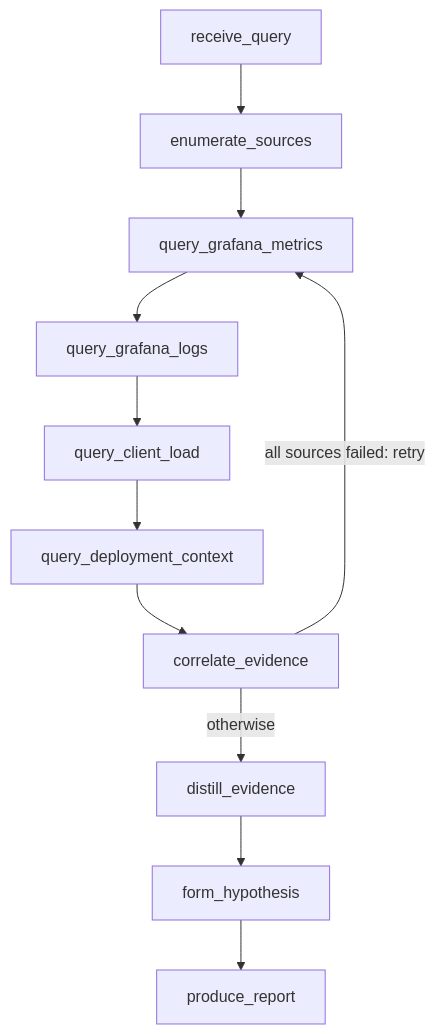
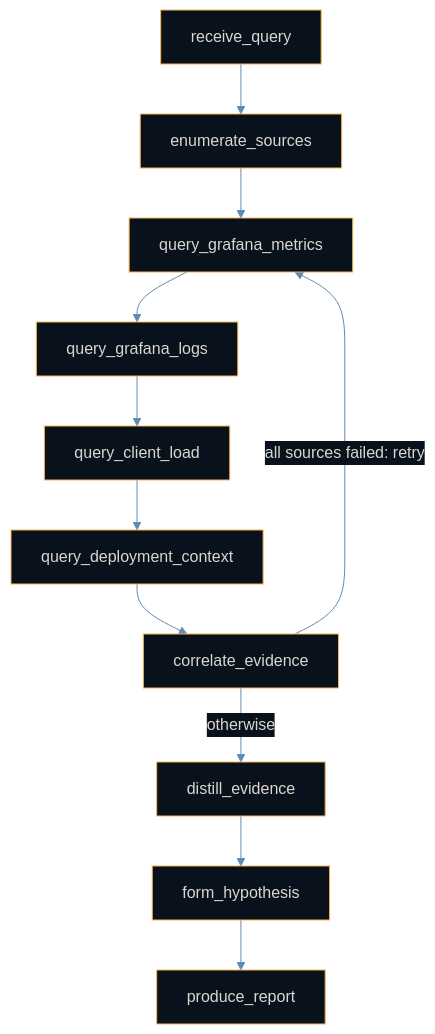
One commit to msradam/leavitt changed the diagram in README.md. Above: the diagram before and after it, drawn with Mermaid.

Commit message:
Theme the FSM mermaid diagram to match the observatory palette

````diff
--- a/README.md
+++ b/README.md
@@ -81,9 +81,10 @@
 ```mermaid
+%%{init: {'theme':'base','themeVariables':{'background':'#040A12','primaryColor':'#09121C','primaryTextColor':'#DBD7CF','primaryBorderColor':'#F6B755','lineColor':'#5D8BB4','secondaryColor':'#09121C','tertiaryColor':'#040A12','edgeLabelBackground':'#09121C','fontFamily':'IBM Plex Mono, ui-monospace, monospace'}}}%%
 flowchart TD
     receive_query --> enumerate_sources --> query_grafana_metrics
     query_grafana_metrics --> query_grafana_logs --> query_client_load
     query_client_load --> query_deployment_context --> correlate_evidence
     correlate_evidence -->|all sources failed: retry| query_grafana_metrics
     correlate_evidence -->|otherwise| distill_evidence
     distill_evidence --> form_hypothesis --> produce_report
 ```
````
